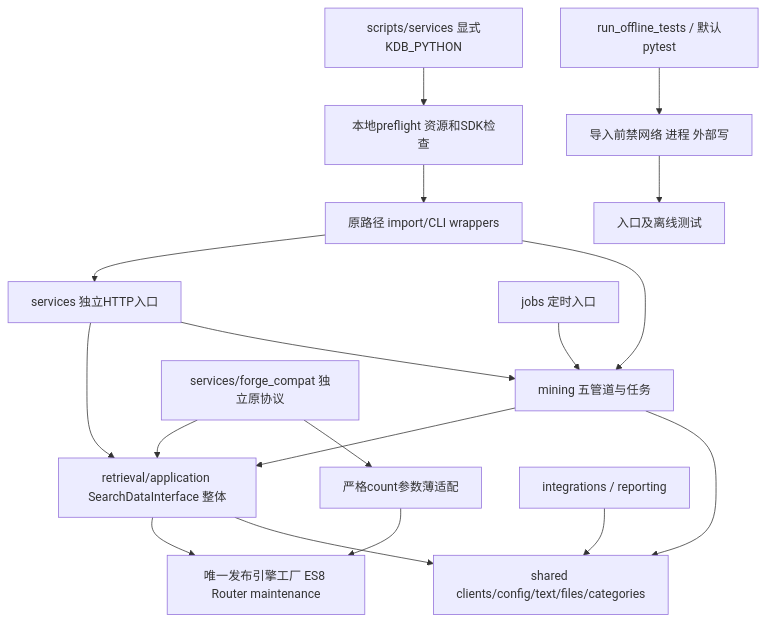
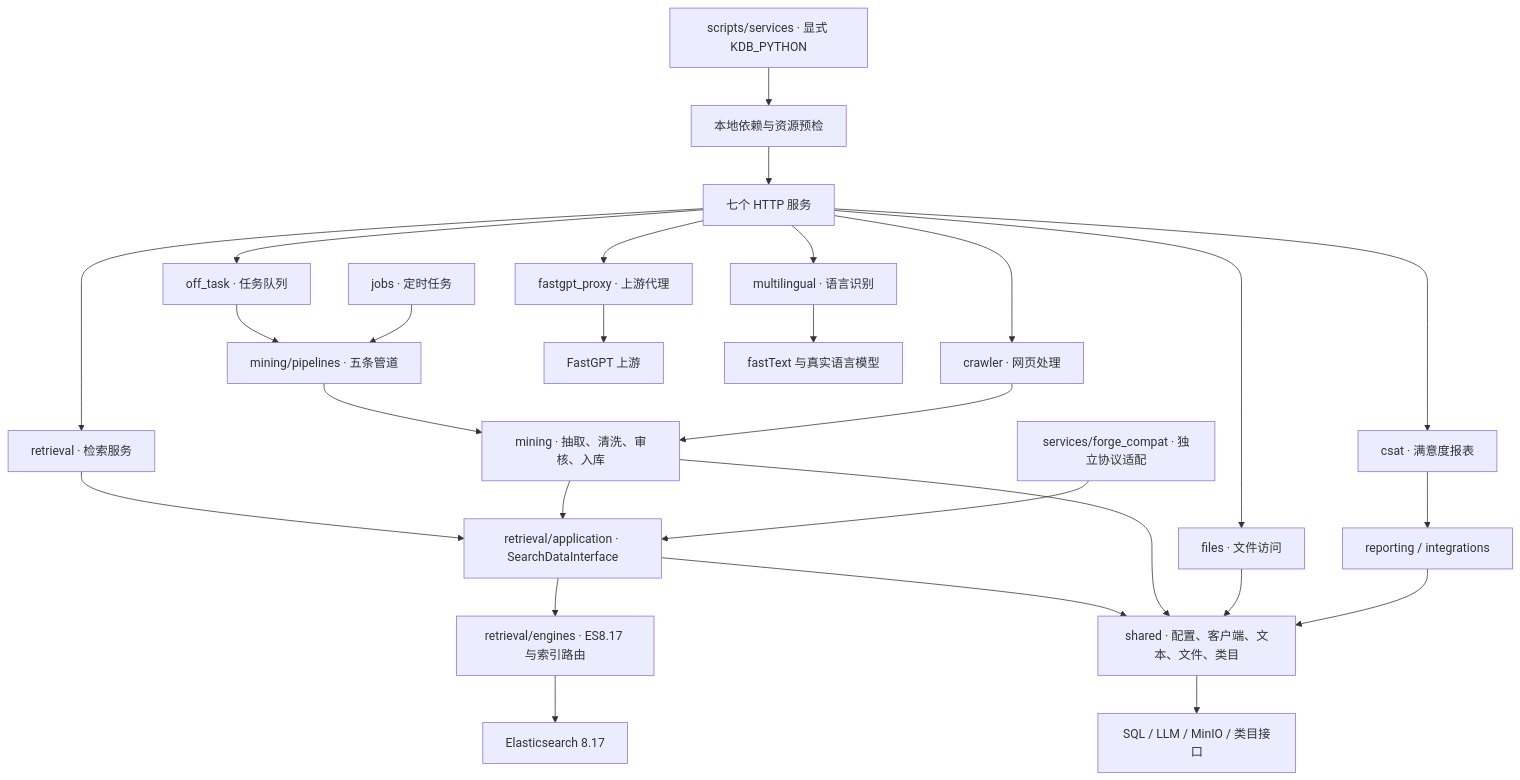
One commit to chenqishi/kdb-forge changed the diagram in docs/Architecture_Overview_Diagram.md. Above: the diagram before and after it, drawn with Mermaid. The commit also changed other lines of this file and 3992 other files, not shown here.

````diff
--- a/docs/Architecture_Overview_Diagram.md
+++ b/docs/Architecture_Overview_Diagram.md
@@ -5,20 +5,29 @@
 ```mermaid
 flowchart TB
-  L[scripts/services 显式KDB_PYTHON] --> P[本地preflight 资源和SDK检查]
-  P --> W
-  W[原路径 import/CLI wrappers] --> S[services 独立HTTP入口]
-  W --> M[mining 五管道与任务]
-  J[jobs 定时入口] --> M
-  S --> R[retrieval/application SearchDataInterface 整体]
-  S --> M
-  M --> R
-  R --> E[唯一发布引擎工厂 ES8 Router maintenance]
-  F[services/forge_compat 独立原协议] --> R
-  F --> A[严格count参数薄适配]
-  A --> E
-  M --> C[shared clients/config/text/files/categories]
-  R --> C
-  I[integrations / reporting] --> C
-  T[run_offline_tests / 默认pytest] --> G[导入前禁网络 进程 外部写]
-  G --> V[入口及离线测试]
+  CLI[scripts/services · 显式 KDB_PYTHON] --> CHECK[本地依赖与资源预检]
+  CHECK --> S[七个 HTTP 服务]
+  S --> RET[retrieval · 检索服务]
+  S --> OFF[off_task · 任务队列]
+  S --> CRAWL[crawler · 网页处理]
+  S --> FILE[files · 文件访问]
+  S --> LANG[multilingual · 语言识别]
+  S --> CSAT[csat · 满意度报表]
+  S --> FAST[fastgpt_proxy · 上游代理]
+  OFF --> PIPE[mining/pipelines · 五条管道]
+  JOB[jobs · 定时任务] --> PIPE
+  PIPE --> STAGE[mining · 抽取、清洗、审核、入库]
+  RET --> APP[retrieval/application · SearchDataInterface]
+  STAGE --> APP
+  COMP[services/forge_compat · 独立协议适配] --> APP
+  APP --> ENG[retrieval/engines · ES8.17 与索引路由]
+  APP --> SHARED[shared · 配置、客户端、文本、文件、类目]
+  STAGE --> SHARED
+  CRAWL --> STAGE
+  FILE --> SHARED
+  CSAT --> REPORT[reporting / integrations]
+  REPORT --> SHARED
+  FAST --> UP[FastGPT 上游]
+  LANG --> MODEL[fastText 与真实语言模型]
+  ENG --> ES[Elasticsearch 8.17]
+  SHARED --> EXT[SQL / LLM / MinIO / 类目接口]
 ```
````
